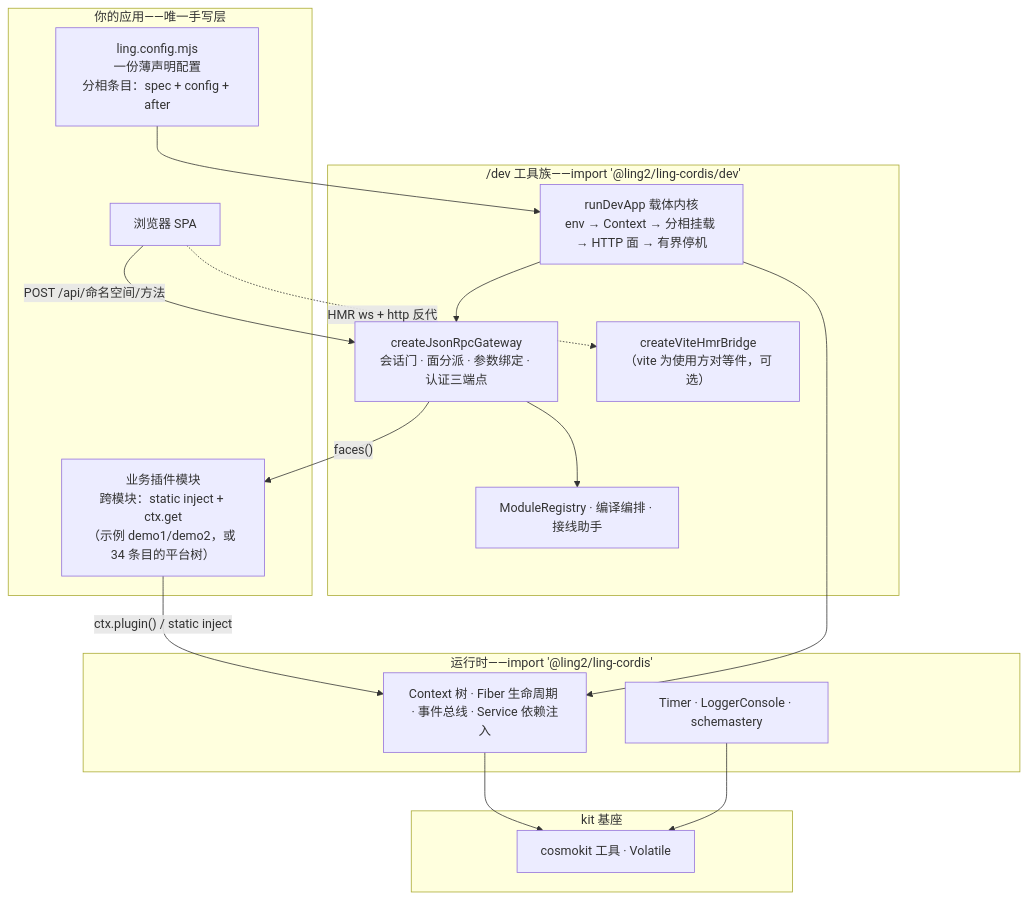
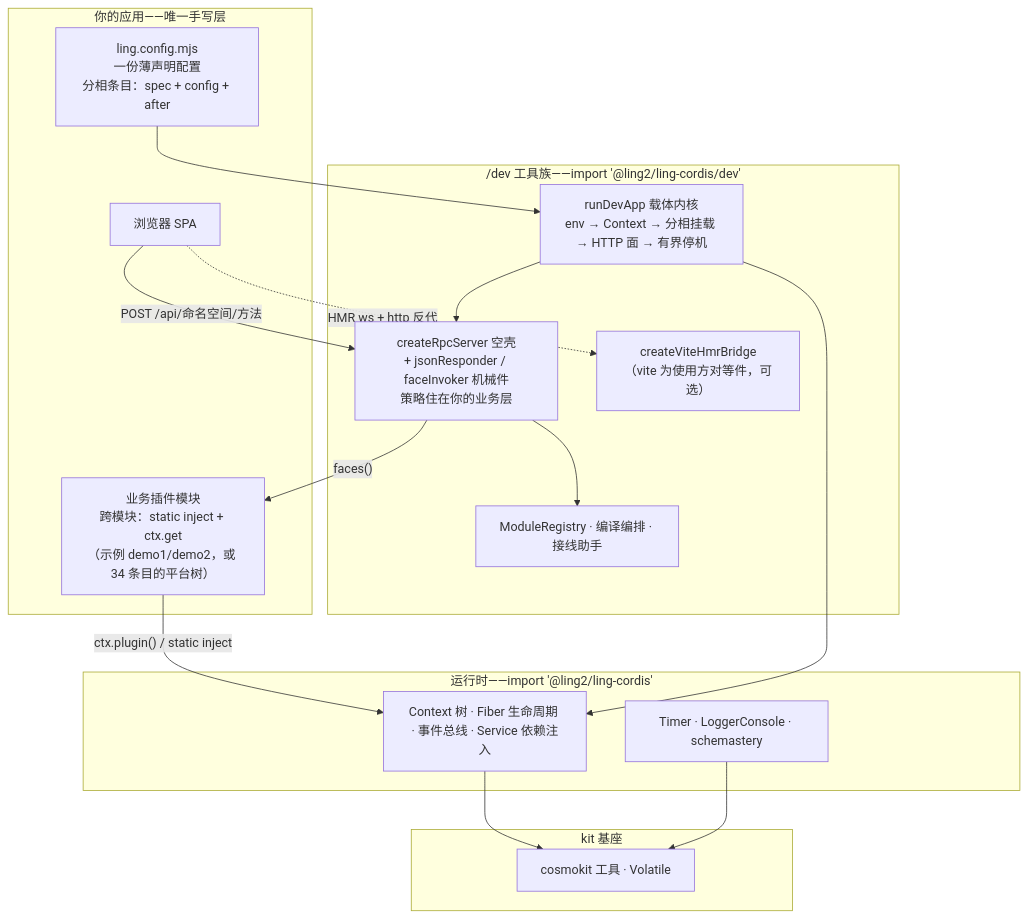
Before and after one commit to ling2-2y2/ling-cordis: the diagram in README.zh-CN.md, drawn with Mermaid. The commit also changed other lines of this file and 8 other files, not shown here.

````diff
--- a/README.zh-CN.md
+++ b/README.zh-CN.md
@@ -21,32 +21,32 @@
 ```mermaid
 flowchart TD
   subgraph L4["你的应用——唯一手写层"]
     CFG["ling.config.mjs<br/>一份薄声明配置<br/>分相条目：spec + config + after"]
     MOD["业务插件模块<br/>跨模块：static inject + ctx.get<br/>（示例 demo1/demo2，或 34 条目的平台树）"]
     FE["浏览器 SPA"]
   end
   subgraph L3["/dev 工具族——import '@ling2/ling-cordis/dev'"]
     KERNEL["runDevApp 载体内核<br/>env → Context → 分相挂载 → HTTP 面 → 有界停机"]
-    GW["createJsonRpcGateway<br/>会话门 · 面分派 · 参数绑定 · 认证三端点"]
+    GW["createRpcServer 空壳<br/>+ jsonResponder / faceInvoker 机械件<br/>策略住在你的业务层"]
     HMR["createViteHmrBridge<br/>（vite 为使用方对等件，可选）"]
     UTILS["ModuleRegistry · 编译编排 · 接线助手"]
   end
   subgraph L2["运行时——import '@ling2/ling-cordis'"]
     CORE["Context 树 · Fiber 生命周期 · 事件总线 · Service 依赖注入"]
     PLUGINS["Timer · LoggerConsole · schemastery"]
   end
   subgraph L1["kit 基座"]
     KIT["cosmokit 工具 · Volatile"]
   end
 
   CFG --> KERNEL
   MOD -->|"ctx.plugin() / static inject"| CORE
   KERNEL --> GW
   KERNEL --> CORE
   GW --> UTILS
   FE -->|"POST /api/命名空间/方法"| GW
   FE -.->|"HMR ws + http 反代"| HMR
   GW -->|"faces()"| MOD
   CORE --> KIT
   PLUGINS --> KIT
 ```
````
